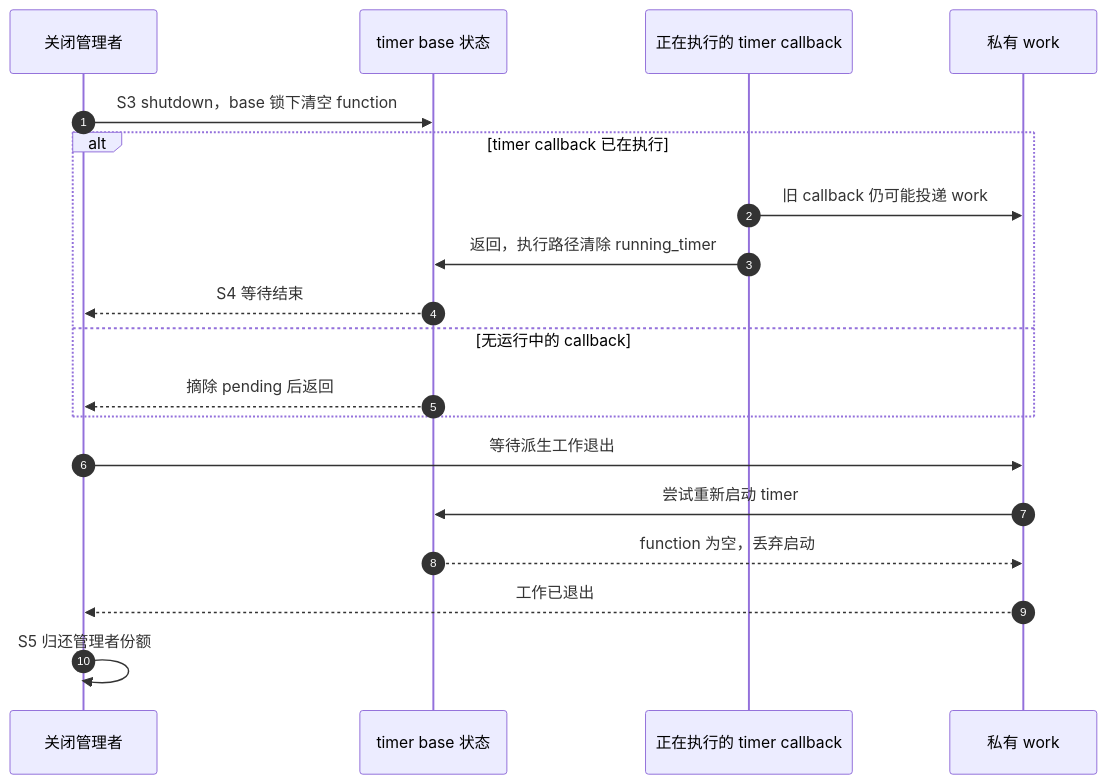
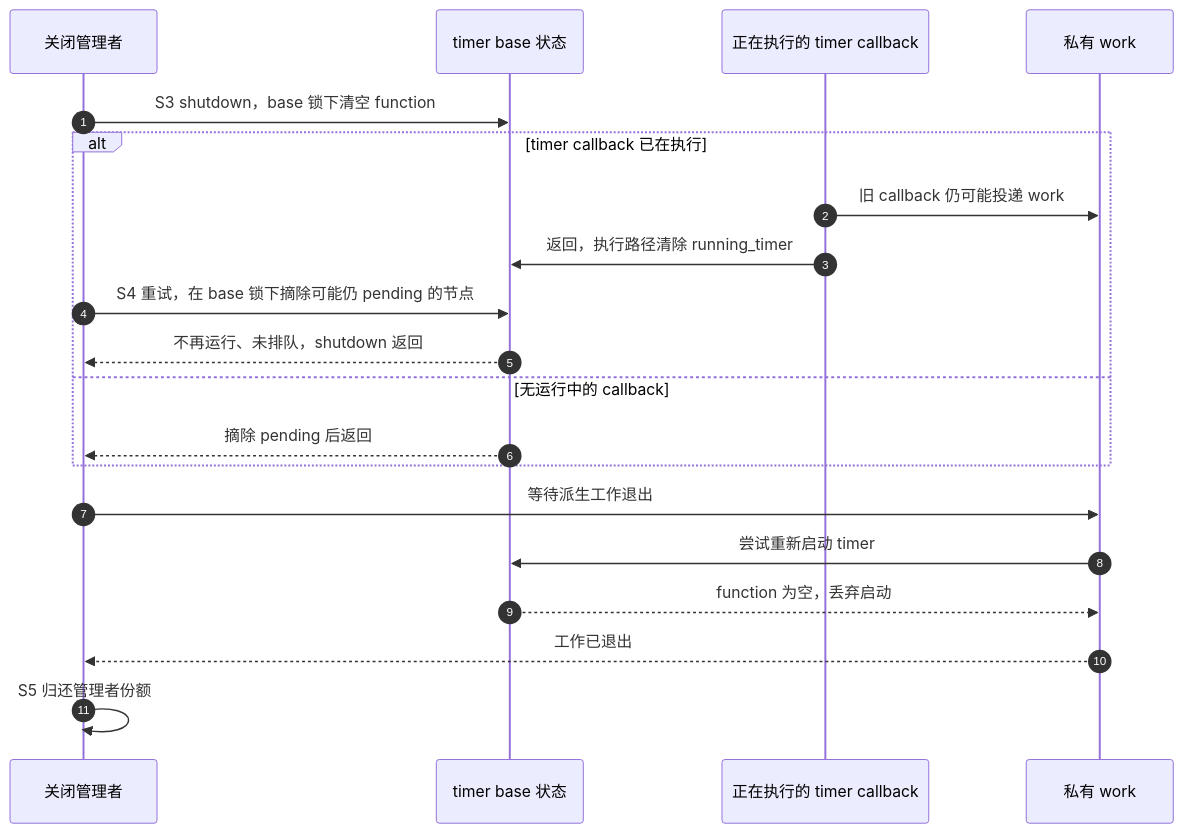
Before and after one commit to FormingSystem/linux_note: the second of 2 diagrams in research/source_reading/kref/navigation/P05_定时器重启与退出导读.md, drawn with Mermaid. The commit also changed other lines of this file and 1 other file, not shown here.

````diff
--- a/research/source_reading/kref/navigation/P05_定时器重启与退出导读.md
+++ b/research/source_reading/kref/navigation/P05_定时器重启与退出导读.md
@@ -49,21 +49,22 @@
 ```mermaid
 sequenceDiagram
     autonumber
     participant M as 关闭管理者
     participant B as timer base 状态
     participant T as 正在执行的 timer callback
     participant W as 私有 work
     M->>B: S3 shutdown，base 锁下清空 function
     alt timer callback 已在执行
         T->>W: 旧 callback 仍可能投递 work
         T->>B: 返回，执行路径清除 running_timer
-        B-->>M: S4 等待结束
+        M->>B: S4 重试，在 base 锁下摘除可能仍 pending 的节点
+        B-->>M: 不再运行、未排队，shutdown 返回
     else 无运行中的 callback
         B-->>M: 摘除 pending 后返回
     end
     M->>W: 等待派生工作退出
     W->>B: 尝试重新启动 timer
     B-->>W: function 为空，丢弃启动
     W-->>M: 工作已退出
     M->>M: S5 归还管理者份额
 ```
````
